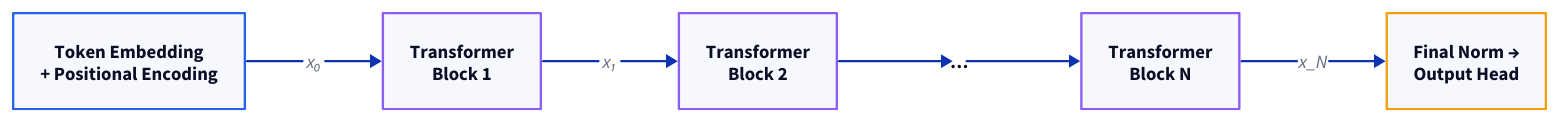
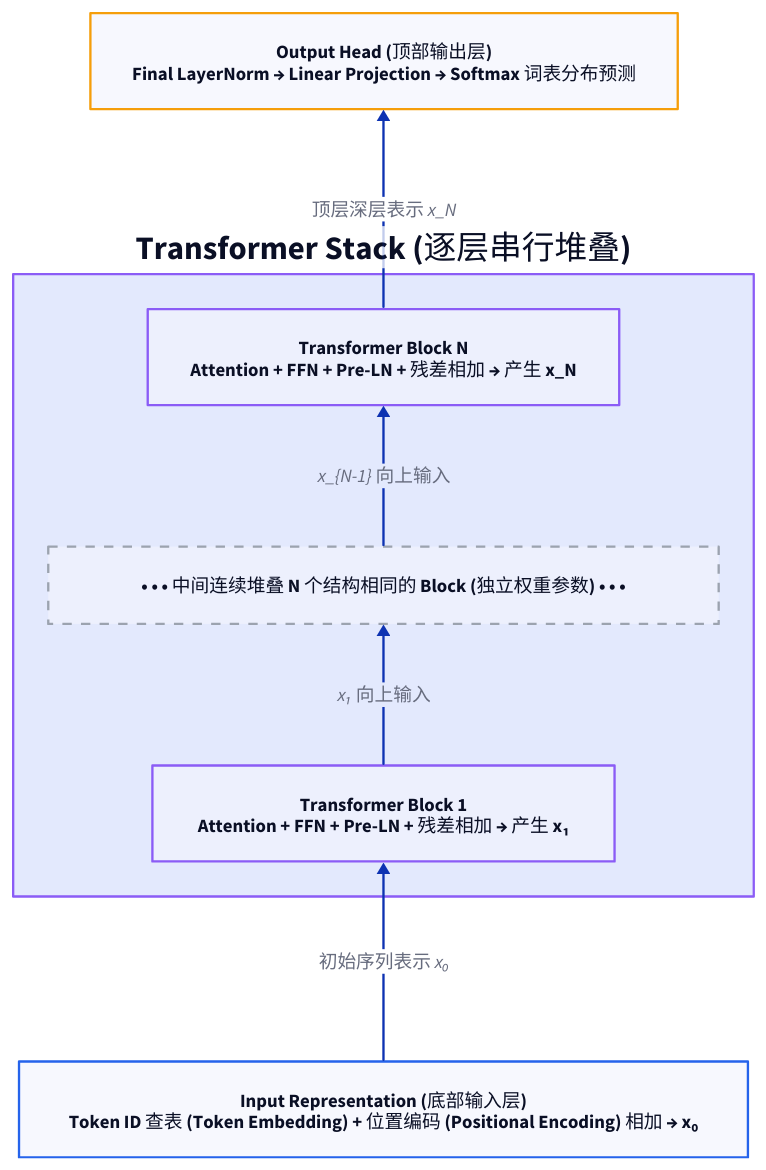
One commit to 111qqz/111qqz.github.io changed the diagram in images/transformer-block-residual-stream/transformer-stack-simple.d2. Above: the diagram before and after it, drawn with D2. The commit also changed 512 other files, not shown here.

Commit message:
fix(images): 同步概率密度配图精简并更新图片清册 111qqz/hugo-blog@1e605b2ee9908b4a5846f8919189ce75324d62b7

```diff
--- a/images/transformer-block-residual-stream/transformer-stack-simple.d2
+++ b/images/transformer-block-residual-stream/transformer-stack-simple.d2
@@ -1,38 +1,41 @@
-direction: right
+direction: up
 
-emb: "Token Embedding\n+ Positional Encoding" {
-  style.stroke: "#2563eb"
-  style.bold: true
-}
-
-b1: "Transformer\nBlock 1" {
-  style.stroke: "#8b5cf6"
-  style.stroke-width: 2
-}
-
-b2: "Transformer\nBlock 2" {
-  style.stroke: "#8b5cf6"
-  style.stroke-width: 2
-}
-
-dots: "…" {
-  shape: text
-  style.bold: true
-}
-
-bn: "Transformer\nBlock N" {
-  style.stroke: "#8b5cf6"
-  style.stroke-width: 2
-}
-
-head: "Final Norm →\nOutput Head" {
+head: "Output Head (顶部输出层)\nFinal LayerNorm → Linear Projection → Softmax 词表分布预测" {
   style.stroke: "#f59e0b"
   style.stroke-width: 2
   style.bold: true
 }
 
-emb -> b1: "x₀"
-b1 -> b2: "x₁"
-b2 -> dots
-dots -> bn
-bn -> head: "x_N"
+stack: "Transformer Stack (逐层串行堆叠)" {
+  style.stroke: "#8b5cf6"
+  style.stroke-width: 2
+  style.bold: true
+  direction: up
+
+  bn: "Transformer Block N\nAttention + FFN + Pre-LN + 残差相加 → 产生 x_N" {
+    style.stroke: "#8b5cf6"
+    style.stroke-width: 2
+  }
+
+  dots: "• • •  中间连续堆叠 N 个结构相同的 Block (独立权重参数)  • • •" {
+    style.stroke-dash: 4
+    style.stroke: "#9ca3af"
+  }
+
+  b1: "Transformer Block 1\nAttention + FFN + Pre-LN + 残差相加 → 产生 x₁" {
+    style.stroke: "#8b5cf6"
+    style.stroke-width: 2
+  }
+
+  b1 -> dots: "x₁ 向上输入"
+  dots -> bn: "x_{N-1} 向上输入"
+}
+
+emb: "Input Representation (底部输入层)\nToken ID 查表 (Token Embedding) + 位置编码 (Positional Encoding) 相加 → x₀" {
+  style.stroke: "#2563eb"
+  style.stroke-width: 2
+  style.bold: true
+}
+
+emb -> stack.b1: "初始序列表示 x₀"
+stack.bn -> head: "顶层深层表示 x_N"
```
